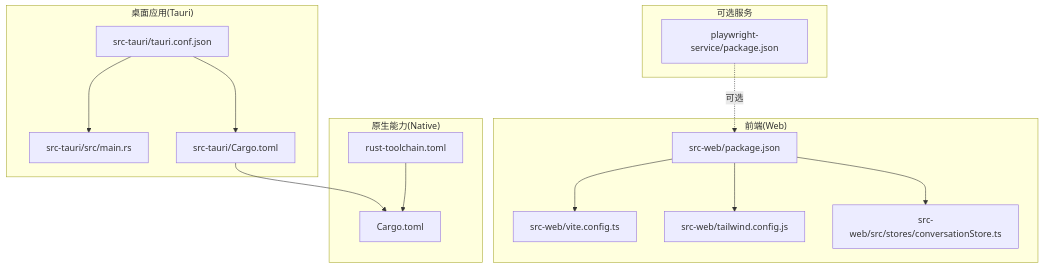
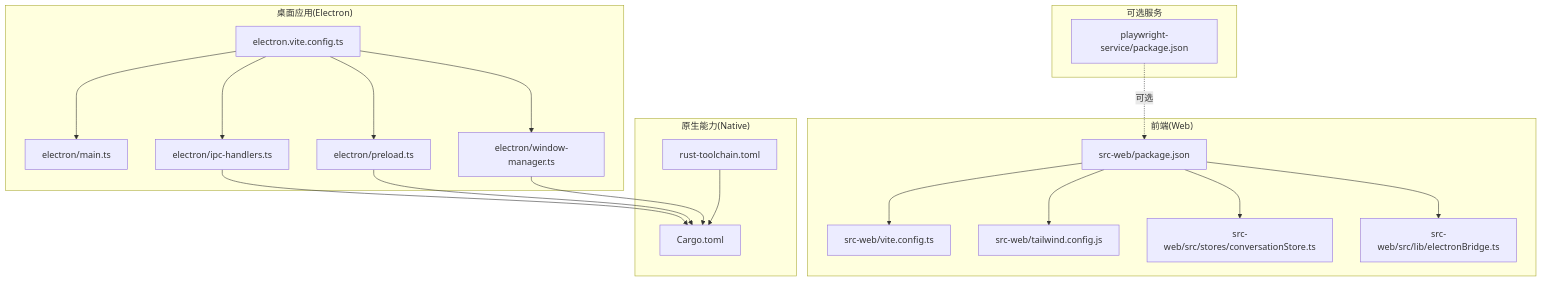
One commit to baike08/cosurf changed the first of 9 diagrams in .qoder/repowiki/zh/content/架构设计/技术栈.md. Above: the diagram before and after it, drawn with Mermaid. The commit also changed other lines of this file and 15 other files, not shown here.

````diff
--- a/.qoder/repowiki/zh/content/架构设计/技术栈.md
+++ b/.qoder/repowiki/zh/content/架构设计/技术栈.md
@@ -40,29 +49,37 @@
 ```mermaid
 graph TB
 subgraph "前端(Web)"
 WEB_PKG["src-web/package.json"]
 VITE_CFG["src-web/vite.config.ts"]
 TW_CFG["src-web/tailwind.config.js"]
 CONV_STORE["src-web/src/stores/conversationStore.ts"]
+ELECTRON_BRIDGE["src-web/src/lib/electronBridge.ts"]
 end
-subgraph "桌面应用(Tauri)"
-TAURI_CONF["src-tauri/tauri.conf.json"]
-MAIN_RS["src-tauri/src/main.rs"]
-CARGO_TOML["src-tauri/Cargo.toml"]
+subgraph "桌面应用(Electron)"
+ELECTRON_VITE["electron.vite.config.ts"]
+MAIN_TS["electron/main.ts"]
+PRELOAD_TS["electron/preload.ts"]
+WINDOW_MANAGER["electron/window-manager.ts"]
+IPC_HANDLERS["electron/ipc-handlers.ts"]
 end
 subgraph "原生能力(Native)"
 RUST_TOOLCHAIN["rust-toolchain.toml"]
 WORKSPACE["Cargo.toml"]
 end
 subgraph "可选服务"
 PW_PKG["playwright-service/package.json"]
 end
 WEB_PKG --> VITE_CFG
 WEB_PKG --> TW_CFG
 WEB_PKG --> CONV_STORE
-TAURI_CONF --> MAIN_RS
-TAURI_CONF --> CARGO_TOML
-CARGO_TOML --> WORKSPACE
+WEB_PKG --> ELECTRON_BRIDGE
+ELECTRON_VITE --> MAIN_TS
+ELECTRON_VITE --> PRELOAD_TS
+ELECTRON_VITE --> WINDOW_MANAGER
+ELECTRON_VITE --> IPC_HANDLERS
+IPC_HANDLERS --> WORKSPACE
+PRELOAD_TS --> WORKSPACE
+WINDOW_MANAGER --> WORKSPACE
 RUST_TOOLCHAIN --> WORKSPACE
 PW_PKG -. 可选 .-> WEB_PKG
 ```
````
